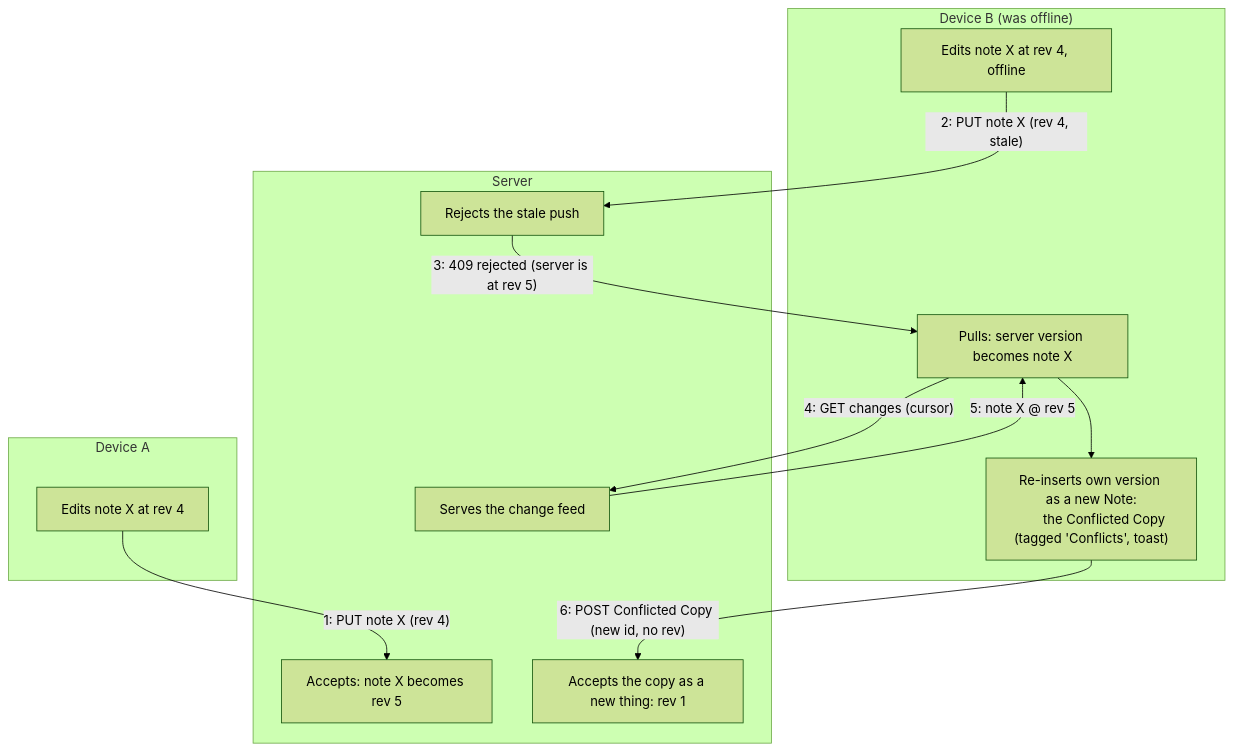
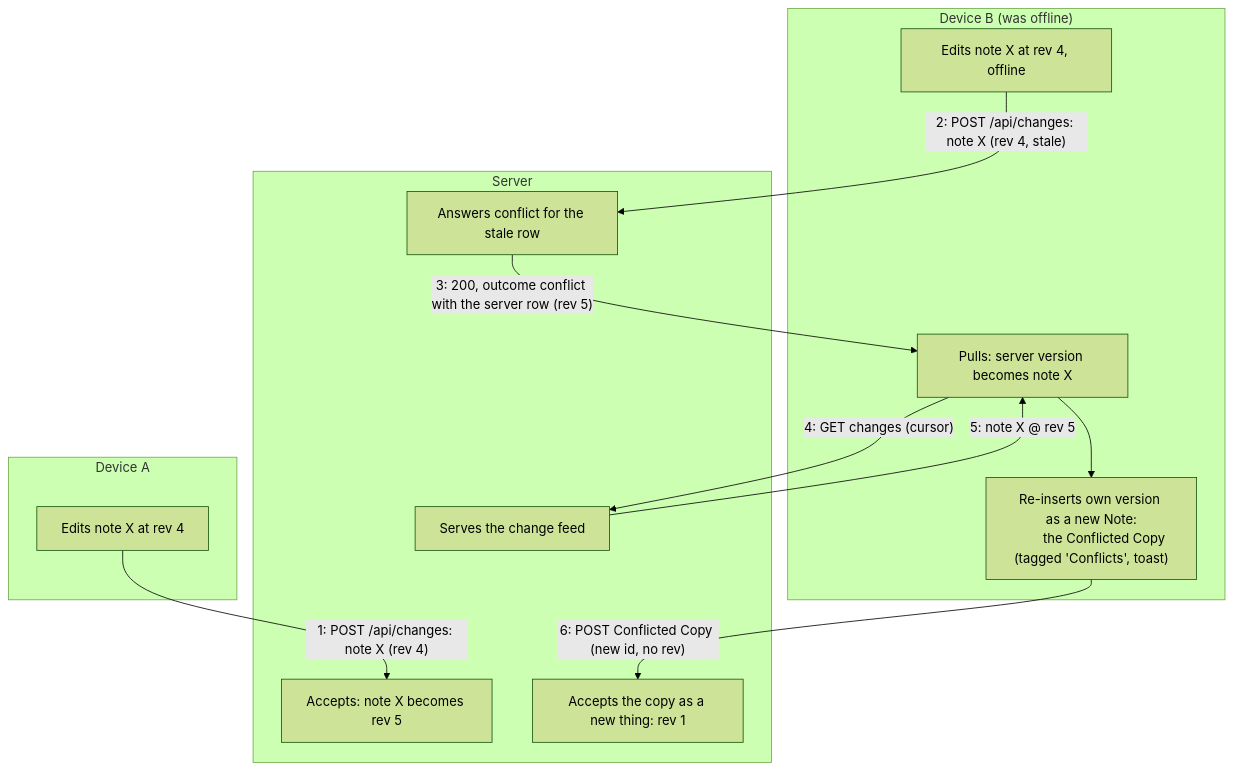
The diagram in docs/architecture/04-sync.md (soukupj00/your-notes-fe), drawn with Mermaid (forest theme) before and after one commit. The commit also changed other lines of this file and 58 other files, not shown here.

````diff
--- a/docs/architecture/04-sync.md
+++ b/docs/architecture/04-sync.md
@@ -50,25 +53,25 @@
 ```mermaid
 flowchart TD
     subgraph A["Device A"]
         A1["Edits note X at rev 4"]
     end
     subgraph S["Server"]
         S1["Accepts: note X becomes rev 5"]
-        S2["Rejects the stale push"]
+        S2["Answers conflict for the stale row"]
         S3["Serves the change feed"]
         S4["Accepts the copy as a new thing: rev 1"]
     end
     subgraph B["Device B (was offline)"]
         B1["Edits note X at rev 4, offline"]
         B2["Pulls: server version becomes note X"]
         B3["Re-inserts own version as a new Note:
         the Conflicted Copy (tagged 'Conflicts', toast)"]
     end
-    A1 -- "1: PUT note X (rev 4)" --> S1
-    B1 -- "2: PUT note X (rev 4, stale)" --> S2
-    S2 -- "3: 409 rejected (server is at rev 5)" --> B2
+    A1 -- "1: POST /api/changes: note X (rev 4)" --> S1
+    B1 -- "2: POST /api/changes: note X (rev 4, stale)" --> S2
+    S2 -- "3: 200, outcome conflict with the server row (rev 5)" --> B2
     B2 -- "4: GET changes (cursor)" --> S3
     S3 -- "5: note X @ rev 5" --> B2
     B2 --> B3
     B3 -- "6: POST Conflicted Copy (new id, no rev)" --> S4
 ```
````
